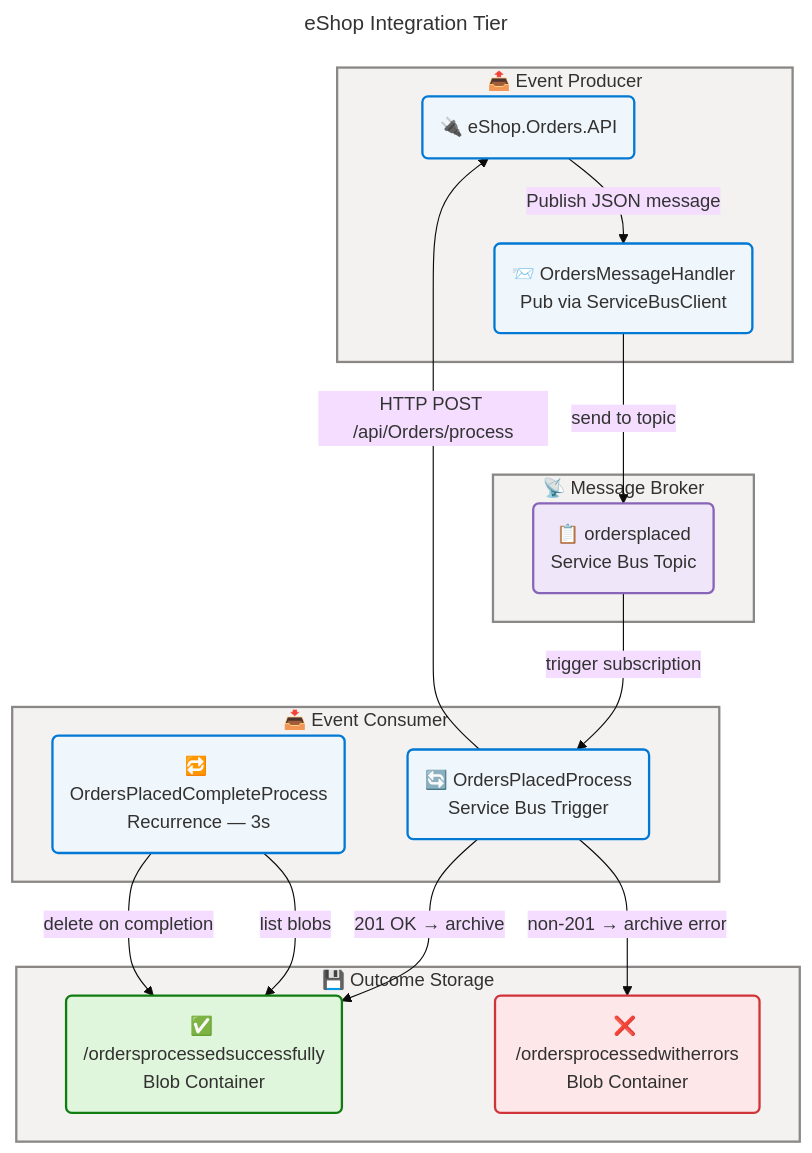
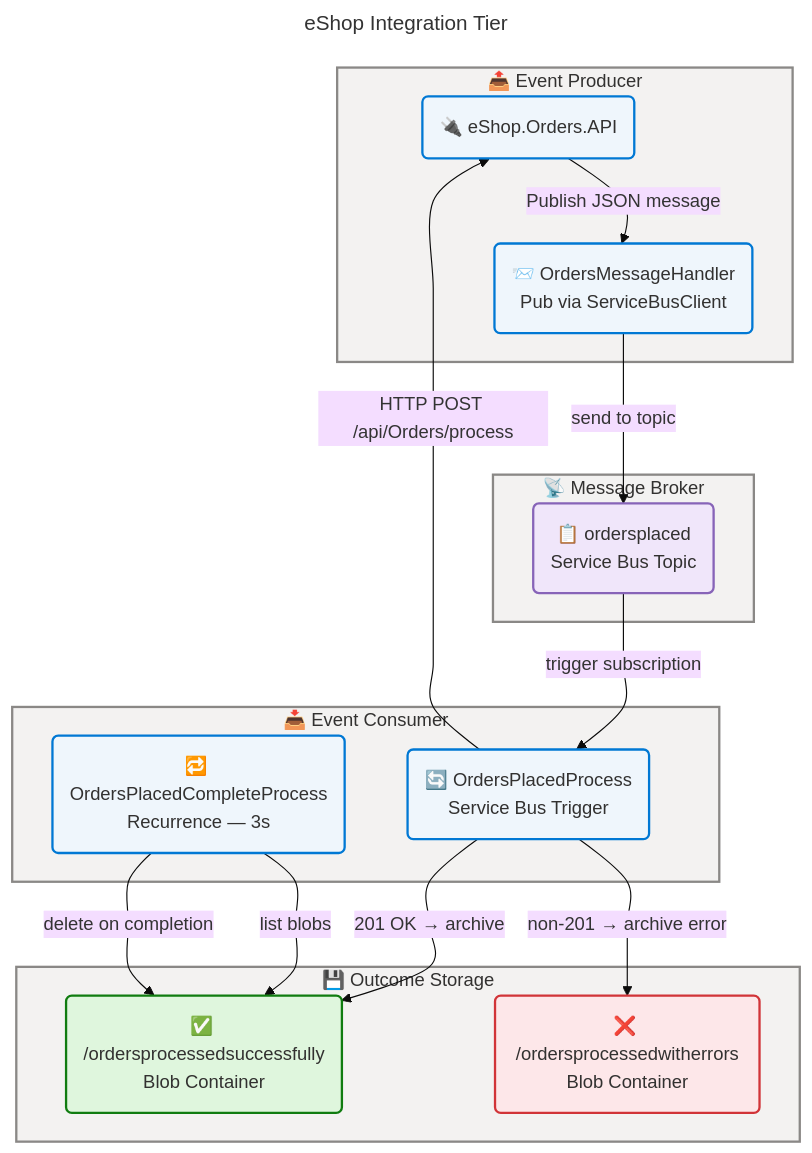
Before and after one commit to Evilazaro/Azure-LogicApps-Monitoring: the third of 8 diagrams in docs/architecture/application-architecture.md, drawn with Mermaid. The commit also changed other lines of this file, not shown here.

Commit message:
Enhance Mermaid diagrams with improved label formatting and curve settings for better readability

````diff
--- a/docs/architecture/application-architecture.md
+++ b/docs/architecture/application-architecture.md
@@ -197,67 +200,68 @@
 ```mermaid
 ---
 title: eShop Integration Tier
 config:
   theme: base
   look: classic
   layout: dagre
   themeVariables:
     fontSize: '16px'
   flowchart:
     htmlLabels: true
+    curve: cardinal
 ---
 flowchart TB
     accTitle: eShop Integration Tier Diagram
     accDescr: Shows event-driven integration patterns between the Orders API, Azure Service Bus, Logic App, and Blob Storage. WCAG AA compliant.
 
     %% ═══════════════════════════════════════════════════════════════════════════
     %% AZURE / FLUENT ARCHITECTURE PATTERN v1.1
     %% (Semantic + Structural + Font + Accessibility Governance)
     %% ═══════════════════════════════════════════════════════════════════════════
     %% PHASE 1 - FLUENT UI: All styling uses approved Fluent UI palette only
     %% PHASE 2 - GROUPS: Every subgraph has semantic color via style directive
     %% PHASE 3 - COMPONENTS: Every node has semantic classDef + icon prefix
     %% PHASE 4 - ACCESSIBILITY: accTitle/accDescr present, WCAG AA contrast
     %% PHASE 5 - STANDARD: Governance block present, classDefs centralized
     %% ═══════════════════════════════════════════════════════════════════════════
 
     subgraph PRODUCER["📤 Event Producer"]
         API("🔌 eShop.Orders.API"):::core
-        OMSG("📨 OrdersMessageHandler\nPub via ServiceBusClient"):::core
+        OMSG("📨 OrdersMessageHandler<br>Pub via ServiceBusClient"):::core
     end
 
     subgraph BROKER["📡 Message Broker"]
-        TOPIC("📋 ordersplaced\nService Bus Topic"):::data
+        TOPIC("📋 ordersplaced<br>Service Bus Topic"):::data
     end
 
     subgraph CONSUMER["📥 Event Consumer"]
-        LA_PROC("🔄 OrdersPlacedProcess\nService Bus Trigger"):::core
-        LA_COMP("🔁 OrdersPlacedCompleteProcess\nRecurrence — 3s"):::core
+        LA_PROC("🔄 OrdersPlacedProcess<br>Service Bus Trigger"):::core
+        LA_COMP("🔁 OrdersPlacedCompleteProcess<br>Recurrence — 3s"):::core
     end
 
     subgraph STORAGE["💾 Outcome Storage"]
-        BLOB_OK("✅ /ordersprocessedsuccessfully\nBlob Container"):::success
-        BLOB_ERR("❌ /ordersprocessedwitherrors\nBlob Container"):::danger
+        BLOB_OK("✅ /ordersprocessedsuccessfully<br>Blob Container"):::success
+        BLOB_ERR("❌ /ordersprocessedwitherrors<br>Blob Container"):::danger
     end
 
     API -->|"Publish JSON message"| OMSG
     OMSG -->|"send to topic"| TOPIC
     TOPIC -->|"trigger subscription"| LA_PROC
     LA_PROC -->|"HTTP POST /api/Orders/process"| API
     LA_PROC -->|"201 OK → archive"| BLOB_OK
     LA_PROC -->|"non-201 → archive error"| BLOB_ERR
     LA_COMP -->|"list blobs"| BLOB_OK
     LA_COMP -->|"delete on completion"| BLOB_OK
 
     style PRODUCER fill:#F3F2F1,stroke:#8A8886,stroke-width:2px,color:#323130
     style BROKER fill:#F3F2F1,stroke:#8A8886,stroke-width:2px,color:#323130
     style CONSUMER fill:#F3F2F1,stroke:#8A8886,stroke-width:2px,color:#323130
     style STORAGE fill:#F3F2F1,stroke:#8A8886,stroke-width:2px,color:#323130
 
     %% Centralized classDefs
     classDef neutral fill:#FAFAFA,stroke:#8A8886,stroke-width:2px,color:#323130
     classDef core fill:#EFF6FC,stroke:#0078D4,stroke-width:2px,color:#323130
     classDef data fill:#F0E6FA,stroke:#8764B8,stroke-width:2px,color:#323130
     classDef success fill:#DFF6DD,stroke:#107C10,stroke-width:2px,color:#323130
     classDef danger fill:#FDE7E9,stroke:#D13438,stroke-width:2px,color:#323130
 ```
````
